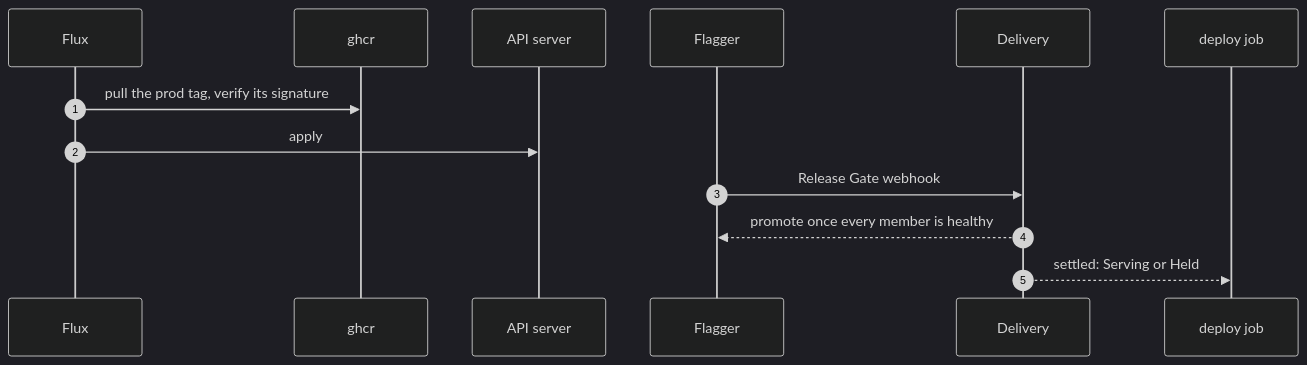
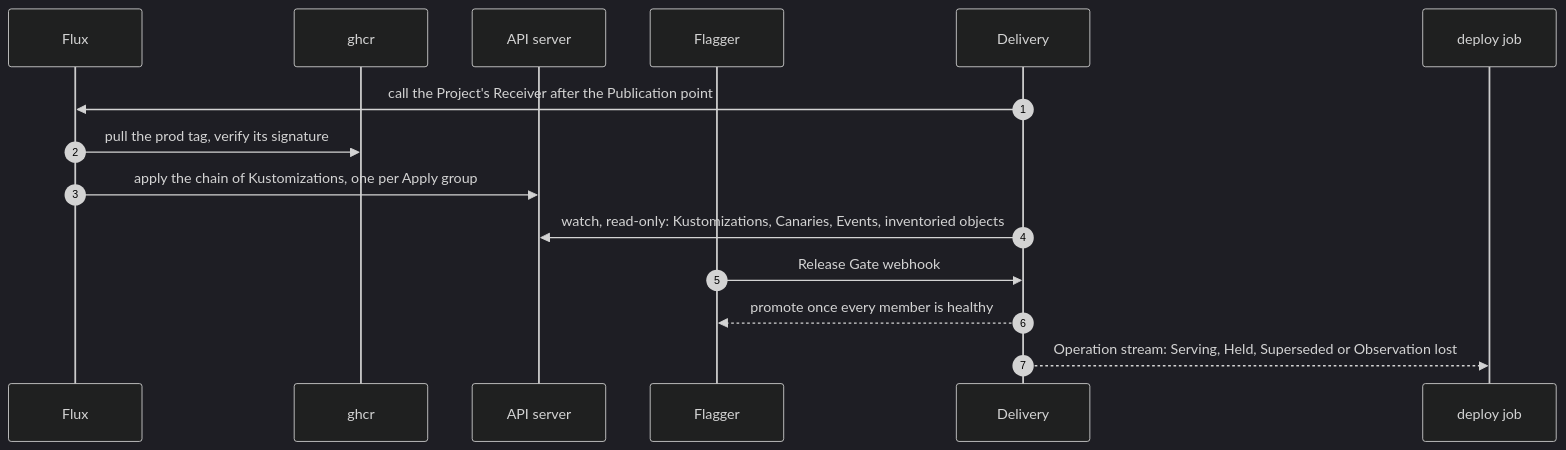
The diagram in docs/diagrams/raw/seq-deploy-3-switch.mmd (JorisJonkers-dev/estate-kit), drawn with Mermaid (dark theme) before and after one commit. The commit also changed 10 other files, not shown here.

```diff
--- a/docs/diagrams/raw/seq-deploy-3-switch.mmd
+++ b/docs/diagrams/raw/seq-deploy-3-switch.mmd
@@ -1,14 +1,16 @@
 %% title: Deploy, step 3 of 3: Flux applies and Flagger switches traffic
 sequenceDiagram
     autonumber
     participant F as Flux
     participant O as ghcr
     participant K as API server
     participant FG as Flagger
     participant S as Delivery
     participant CI as deploy job
+    S->>F: call the Project's Receiver after the Publication point
     F->>O: pull the prod tag, verify its signature
-    F->>K: apply
+    F->>K: apply the chain of Kustomizations, one per Apply group
+    S->>K: watch, read-only: Kustomizations, Canaries, Events, inventoried objects
     FG->>S: Release Gate webhook
     S-->>FG: promote once every member is healthy
-    S-->>CI: settled: Serving or Held
+    S-->>CI: Operation stream: Serving, Held, Superseded or Observation lost
```
